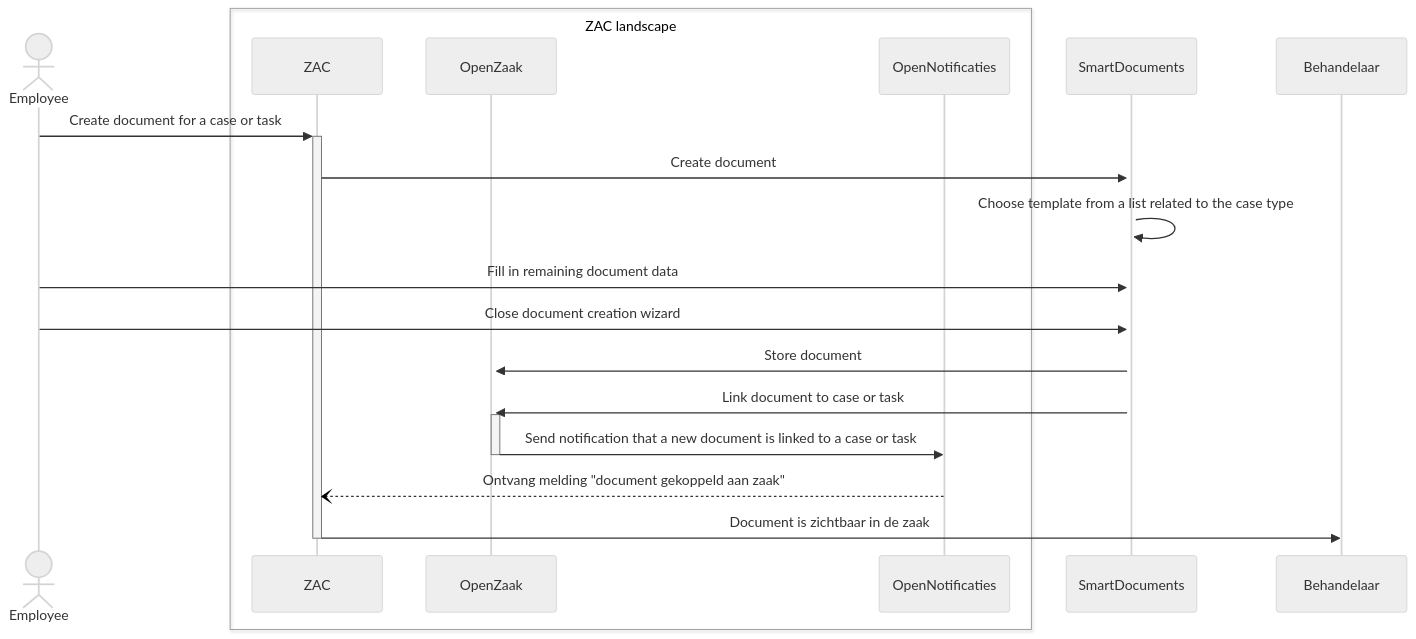
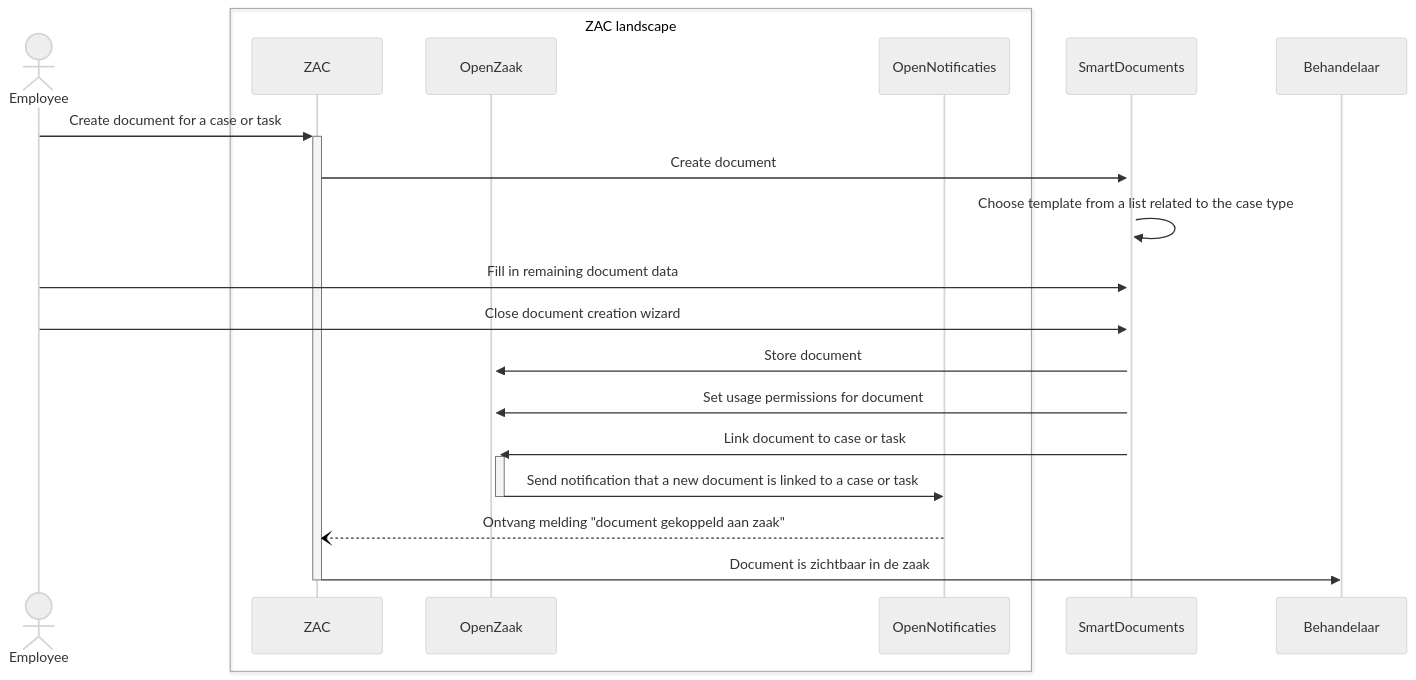
Before and after one commit to infonl/dimpact-zaakafhandelcomponent: the diagram in docs/solution-architecture/smartDocumentsIntegration.md, drawn with Mermaid (neutral theme). The commit also changed other lines of this file, not shown here.

Commit message:
chore: added docs about the SmartDocument DMS plugin for reference

````diff
--- a/docs/solution-architecture/smartDocumentsIntegration.md
+++ b/docs/solution-architecture/smartDocumentsIntegration.md
@@ -19,21 +19,22 @@
 ```mermaid
 sequenceDiagram
     actor Employee
     box ZAC landscape
     participant ZAC
     participant OpenZaak
     participant OpenNotificaties
     end
     participant SmartDocuments
 
     Employee->>+ZAC: Create document for a case or task
     ZAC->>+SmartDocuments: Create document
     SmartDocuments->>+SmartDocuments: Choose template from a list related to the case type
     Employee->>+SmartDocuments: Fill in remaining document data
     Employee->>+SmartDocuments: Close document creation wizard
     SmartDocuments->>+OpenZaak: Store document
+    SmartDocuments->>+OpenZaak: Set usage permissions for document
     SmartDocuments->>+OpenZaak: Link document to case or task
     OpenZaak->>-OpenNotificaties: Send notification that a new document is linked to a case or task
     OpenNotificaties--)ZAC: Ontvang melding "document gekoppeld aan zaak"
     ZAC->>-Behandelaar: Document is zichtbaar in de zaak
 ```
````
